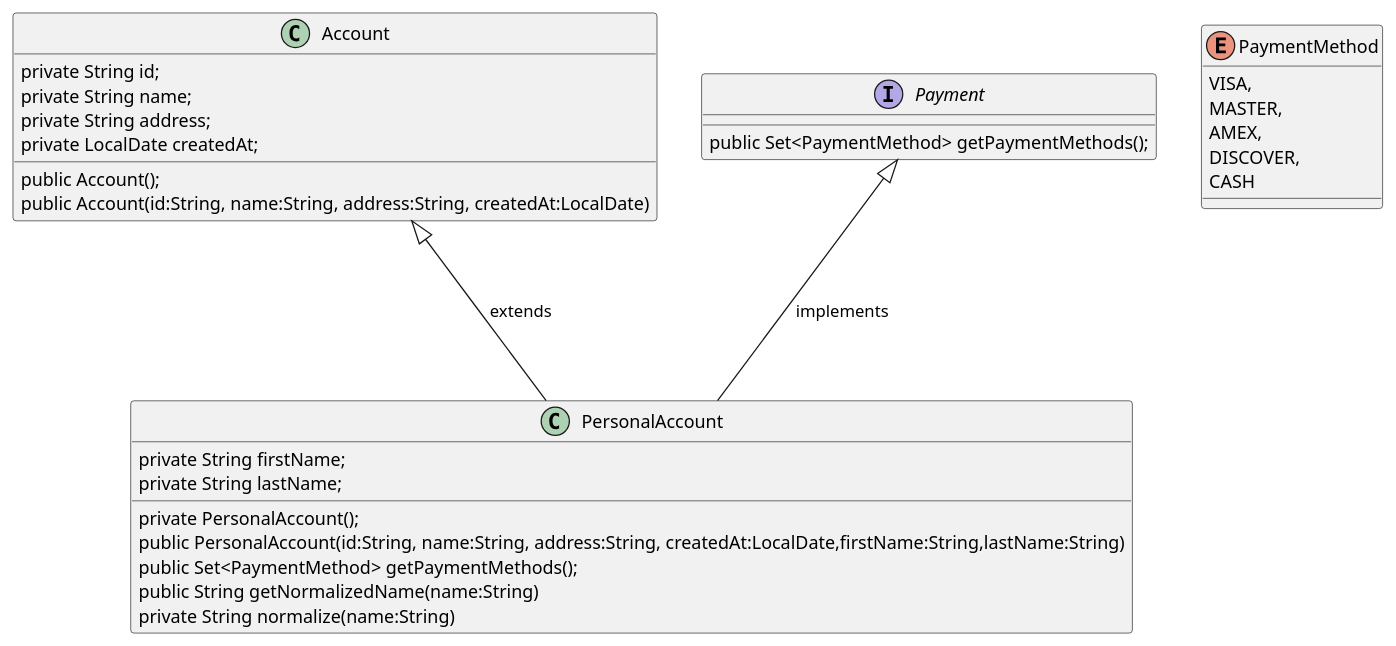
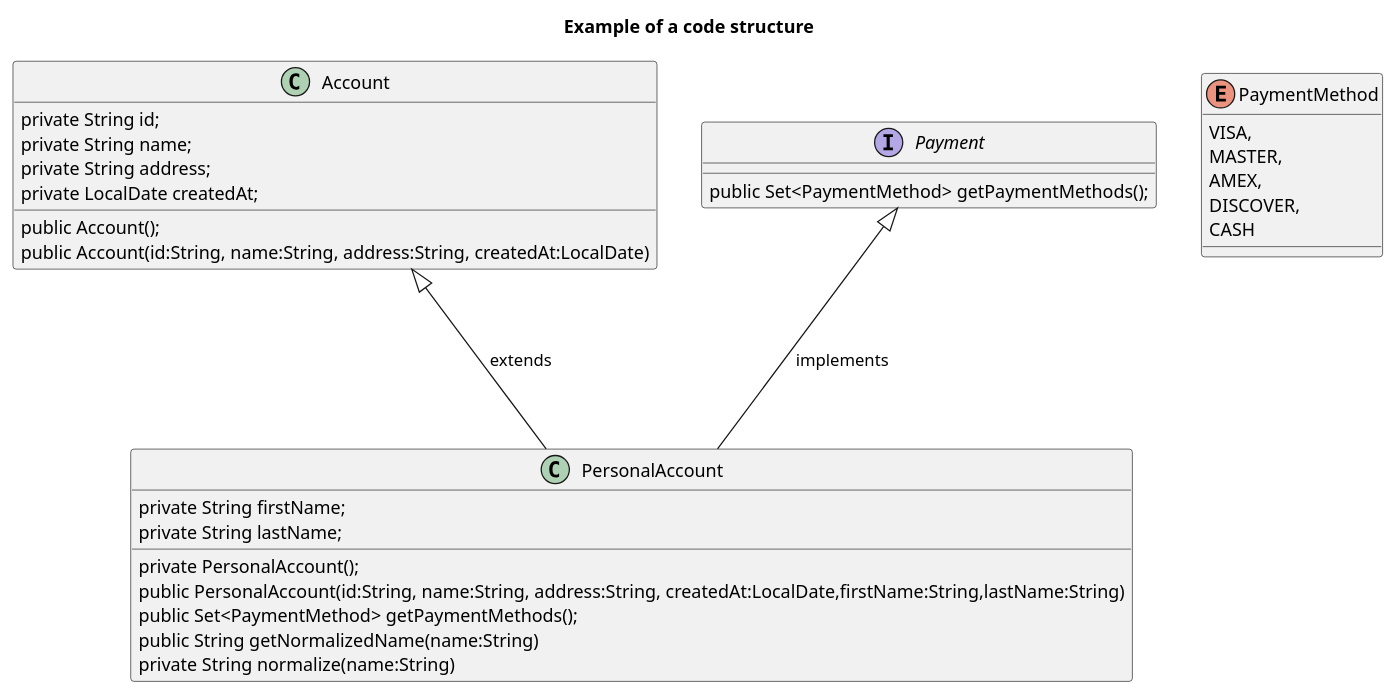
One commit to polovyivan/java-reflection-api-in-action changed the diagram in uml/classes.puml. Above: the diagram before and after it, drawn with PlantUML. The commit also changed 42 other files, not shown here.

```diff
--- a/uml/classes.puml
+++ b/uml/classes.puml
@@ -1,40 +1,40 @@
 @startuml
-
+title Example of a code structure
 abstract Account
 interface Payment
 class PersonalAccount
 
 Account <|--- PersonalAccount :extends
 Payment <|--- PersonalAccount :implements
 
 interface Payment {
     public Set<PaymentMethod> getPaymentMethods();
 }
 
 class Account {
     private String id;
     private String name;
     private String address;
     private LocalDate createdAt;
     public Account();
     public Account(id:String, name:String, address:String, createdAt:LocalDate)
 }
 
 class PersonalAccount {
     private String firstName;
     private String lastName;
     private PersonalAccount();
     public PersonalAccount(id:String, name:String, address:String, createdAt:LocalDate,firstName:String,lastName:String)
     public Set<PaymentMethod> getPaymentMethods();
     public String getNormalizedName(name:String)
     private String normalize(name:String)
 }
 
 enum PaymentMethod {
     VISA,
     MASTER,
     AMEX,
     DISCOVER,
     CASH
 }
 @enduml
```
